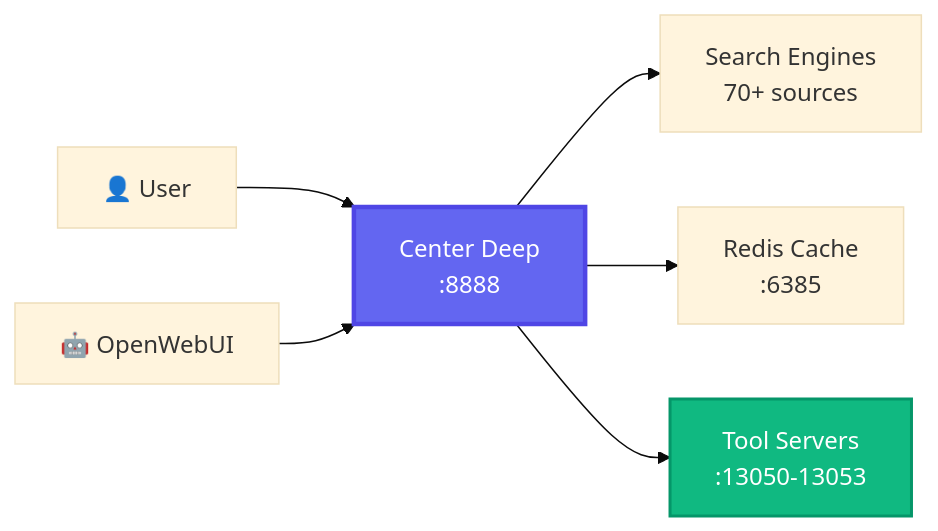
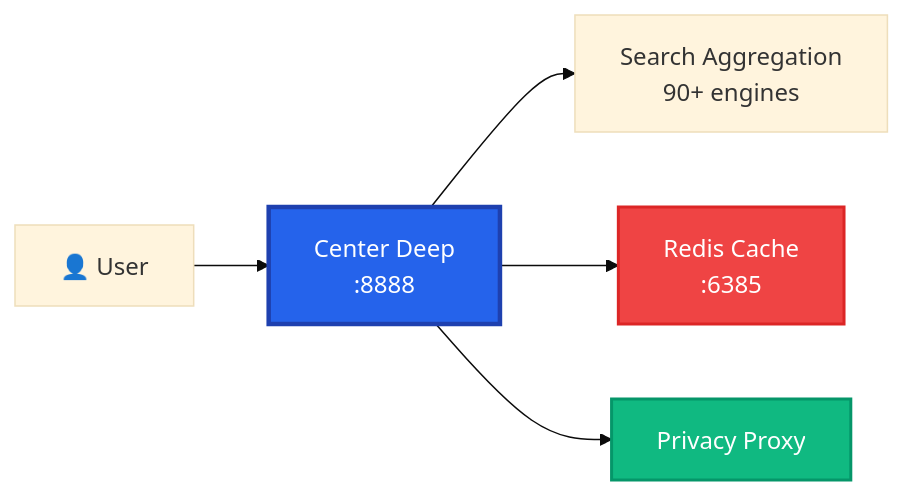
Before and after one commit to Unicorn-Commander/Center-Deep: the diagram in README.md, drawn with Mermaid (base theme). The commit also changed other lines of this file and 62 other files, not shown here.

````diff
--- a/README.md
+++ b/README.md
@@ -245,11 +266,11 @@
 ```mermaid
 graph LR
     A[👤 User] --> B[Center Deep<br/>:8888]
-    C[🤖 OpenWebUI] --> B
-    B --> D[Search Engines<br/>70+ sources]
-    B --> E[Redis Cache<br/>:6385]
-    B --> F[Tool Servers<br/>:13050-13053]
+    B --> C[Search Aggregation<br/>90+ engines]
+    B --> D[Redis Cache<br/>:6385]
+    B --> E[Privacy Proxy]
     
-    style B fill:#6366f1,stroke:#4f46e5,stroke-width:3px,color:#fff
-    style F fill:#10b981,stroke:#059669,stroke-width:2px,color:#fff
+    style B fill:#2563eb,stroke:#1e40af,stroke-width:3px,color:#fff
+    style D fill:#ef4444,stroke:#dc2626,stroke-width:2px,color:#fff
+    style E fill:#10b981,stroke:#059669,stroke-width:2px,color:#fff
 ```
````
